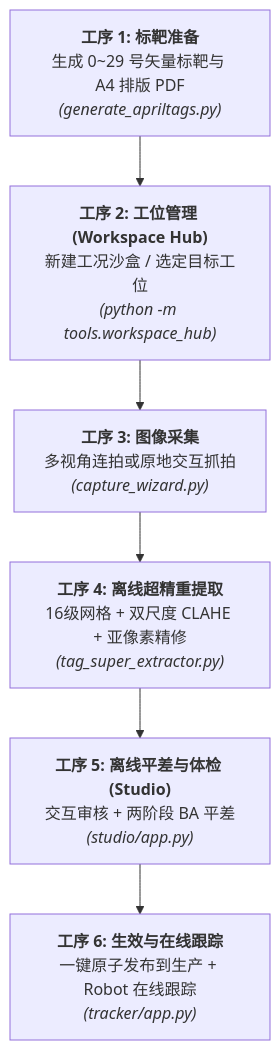
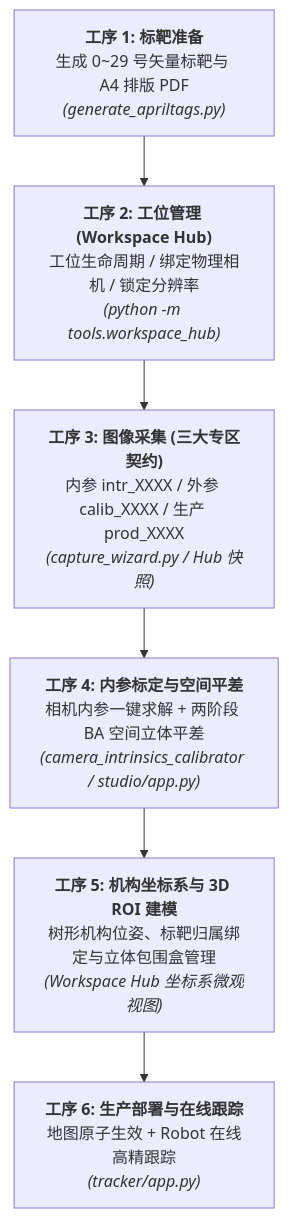
Before and after one commit to voicevon/spatial_vision: the second of 3 diagrams in README.md, drawn with Mermaid. The commit also changed other lines of this file and 6 other files, not shown here.

````diff
--- a/README.md
+++ b/README.md
@@ -158,11 +158,11 @@
 ```mermaid
 flowchart TD
     S1["<b>工序 1: 标靶准备</b><br>生成 0~29 号矢量标靶与 A4 排版 PDF<br><i>(generate_apriltags.py)</i>"]
-    S2["<b>工序 2: 工位管理 (Workspace Hub)</b><br>新建工况沙盒 / 选定目标工位<br><i>(python -m tools.workspace_hub)</i>"]
-    S3["<b>工序 3: 图像采集</b><br>多视角连拍或原地交互抓拍<br><i>(capture_wizard.py)</i>"]
-    S4["<b>工序 4: 离线超精重提取</b><br>16级网格 + 双尺度 CLAHE + 亚像素精修<br><i>(tag_super_extractor.py)</i>"]
-    S5["<b>工序 5: 离线平差与体检 (Studio)</b><br>交互审核 + 两阶段 BA 平差<br><i>(studio/app.py)</i>"]
-    S6["<b>工序 6: 生效与在线跟踪</b><br>一键原子发布到生产 + Robot 在线跟踪<br><i>(tracker/app.py)</i>"]
+    S2["<b>工序 2: 工位管理 (Workspace Hub)</b><br>工位生命周期 / 绑定物理相机 / 锁定分辨率<br><i>(python -m tools.workspace_hub)</i>"]
+    S3["<b>工序 3: 图像采集 (三大专区契约)</b><br>内参 intr_XXXX / 外参 calib_XXXX / 生产 prod_XXXX<br><i>(capture_wizard.py / Hub 快照)</i>"]
+    S4["<b>工序 4: 内参标定与空间平差</b><br>相机内参一键求解 + 两阶段 BA 空间立体平差<br><i>(camera_intrinsics_calibrator / studio/app.py)</i>"]
+    S5["<b>工序 5: 机构坐标系与 3D ROI 建模</b><br>树形机构位姿、标靶归属绑定与立体包围盒管理<br><i>(Workspace Hub 坐标系微观视图)</i>"]
+    S6["<b>工序 6: 生产部署与在线跟踪</b><br>地图原子生效 + Robot 在线高精跟踪<br><i>(tracker/app.py)</i>"]
 
     S1 --> S2 --> S3 --> S4 --> S5 --> S6
 ```
````
